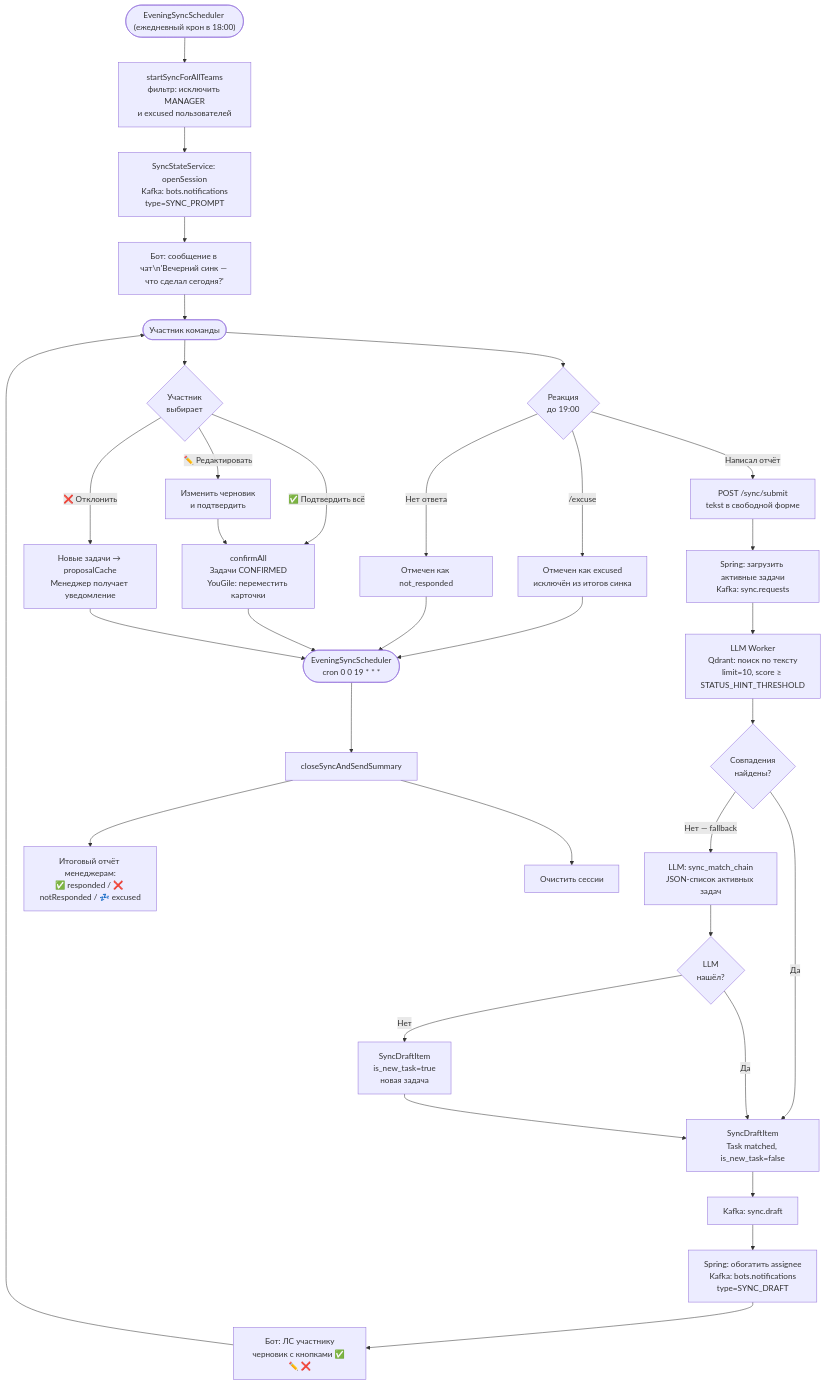
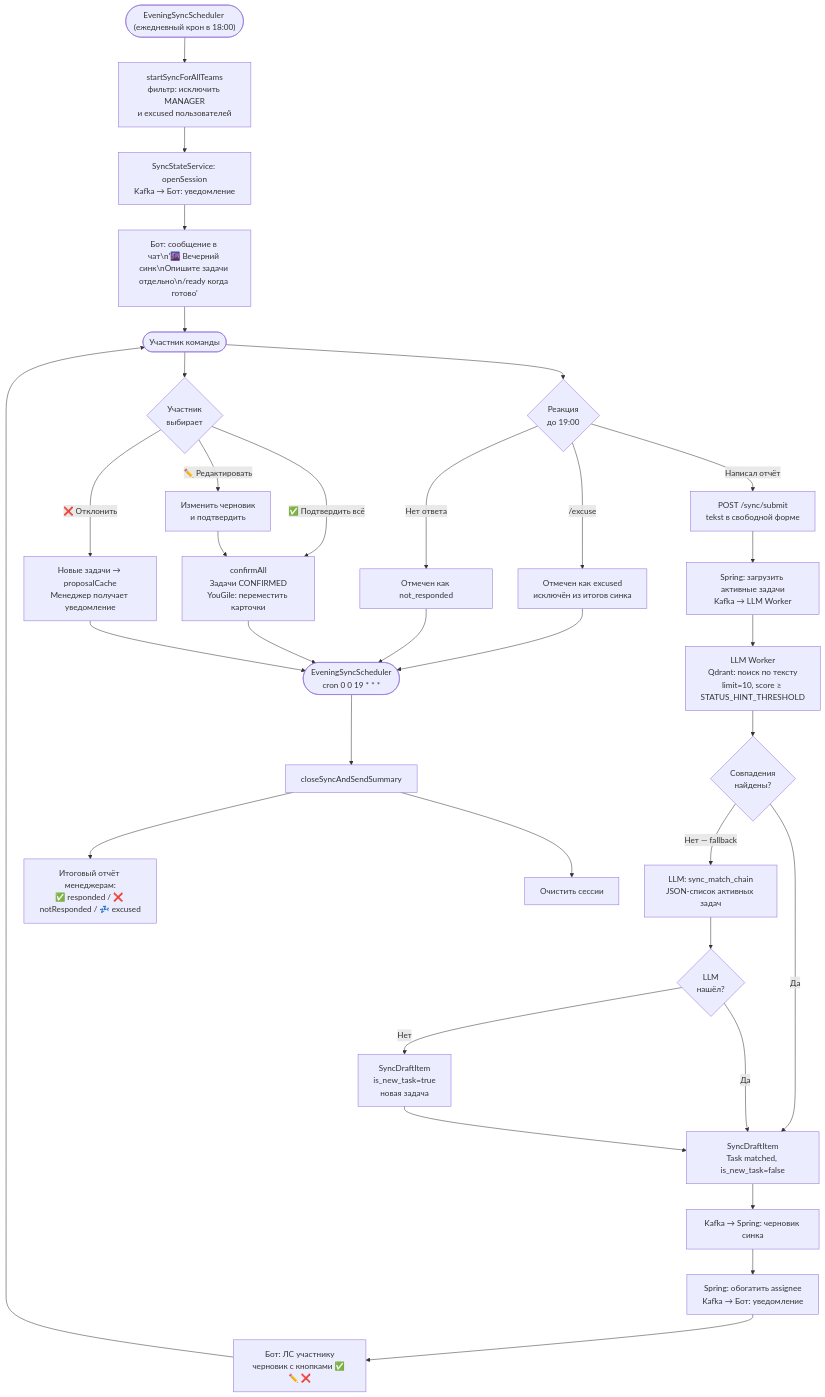
One commit to 42team-ru/teampilot changed the fourth of 12 diagrams in docs/user-flows.md. Above: the diagram before and after it, drawn with Mermaid. The commit also changed other lines of this file and 2 other files, not shown here.

````diff
--- a/docs/user-flows.md
+++ b/docs/user-flows.md
@@ -152,36 +151,36 @@
 ```mermaid
 flowchart TB
     Sched(["EveningSyncScheduler (ежедневный крон в 18:00)"]) --> A["startSyncForAllTeams\nфильтр: исключить MANAGER\nи excused пользователей"]
-    A --> B["SyncStateService: openSession\nKafka: bots.notifications\ntype=SYNC_PROMPT"]
-    B --> C@{ label: "Бот: сообщение в чат\\n'Вечерний синк — что сделал сегодня?'" }
+    A --> B["SyncStateService: openSession\nKafka → Бот: уведомление"]
+    B --> C@{ label: "Бот: сообщение в чат\\n'🌆 Вечерний синк\\nОпишите задачи отдельно\\n/ready когда готово'" }
     C --> D(["Участник команды"])
     D --> E{"Реакция\nдо 19:00"} & S{"Участник\nвыбирает"}
     E -- /excuse --> F["Отмечен как excused\nисключён из итогов синка"]
     E -- Написал отчёт --> G["POST /sync/submit\ntekst в свободной форме"]
     E -- Нет ответа --> H["Отмечен как not_responded"]
-    G --> I["Spring: загрузить активные задачи\nKafka: sync.requests"]
+    G --> I["Spring: загрузить активные задачи\nKafka → LLM Worker"]
     I --> J["LLM Worker\nQdrant: поиск по тексту\nlimit=10, score ≥ STATUS_HINT_THRESHOLD"]
     J --> K{"Совпадения\nнайдены?"}
     K -- Нет — fallback --> L["LLM: sync_match_chain\nJSON-список активных задач"]
     K -- Да --> M["SyncDraftItem\nTask matched, is_new_task=false"]
     L --> N{"LLM\nнашёл?"}
     N -- Нет --> O["SyncDraftItem\nis_new_task=true\nновая задача"]
     N -- Да --> M
     O --> M
-    M --> P["Kafka: sync.draft"]
-    P --> Q["Spring: обогатить assignee\nKafka: bots.notifications\ntype=SYNC_DRAFT"]
+    M --> P["Kafka → Spring: черновик синка"]
+    P --> Q["Spring: обогатить assignee\nKafka → Бот: уведомление"]
     Q --> R["Бот: ЛС участнику\nчерновик с кнопками ✅ ✏️ ❌"]
     R --> D
     S -- ✅ Подтвердить всё --> T["confirmAll\nЗадачи CONFIRMED\nYouGile: переместить карточки"]
     S -- ✏️ Редактировать --> U["Изменить черновик\nи подтвердить"]
     U --> T
     S -- ❌ Отклонить --> V["Новые задачи → proposalCache\nМенеджер получает уведомление"]
     F --> Close(["EveningSyncScheduler\ncron 0 0 19 * * *"])
     H --> Close
     T --> Close
     V --> Close
     Close --> W["closeSyncAndSendSummary"]
     W --> X["Итоговый отчёт менеджерам:\n✅ responded / ❌ notResponded / 💤 excused"] & Y["Очистить сессии"]
 
     C@{ shape: rect}
 ```
````
